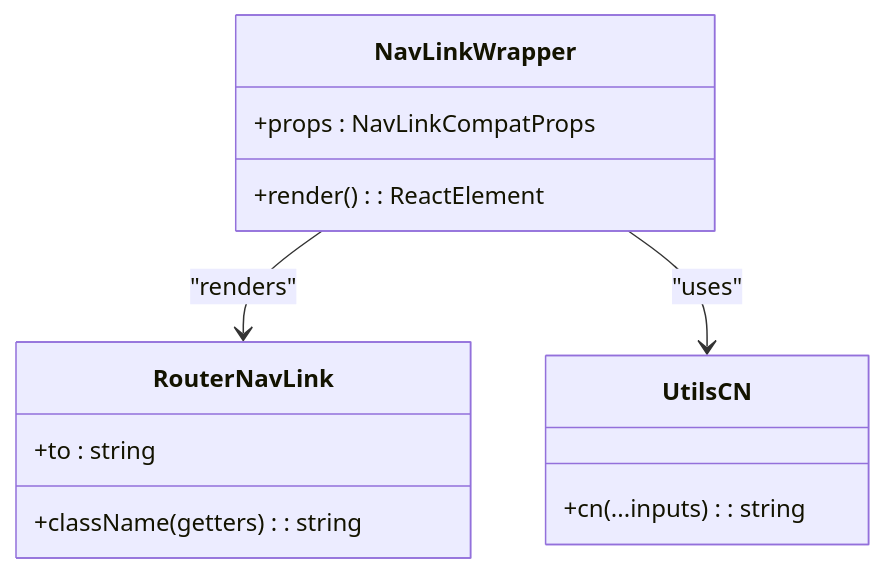
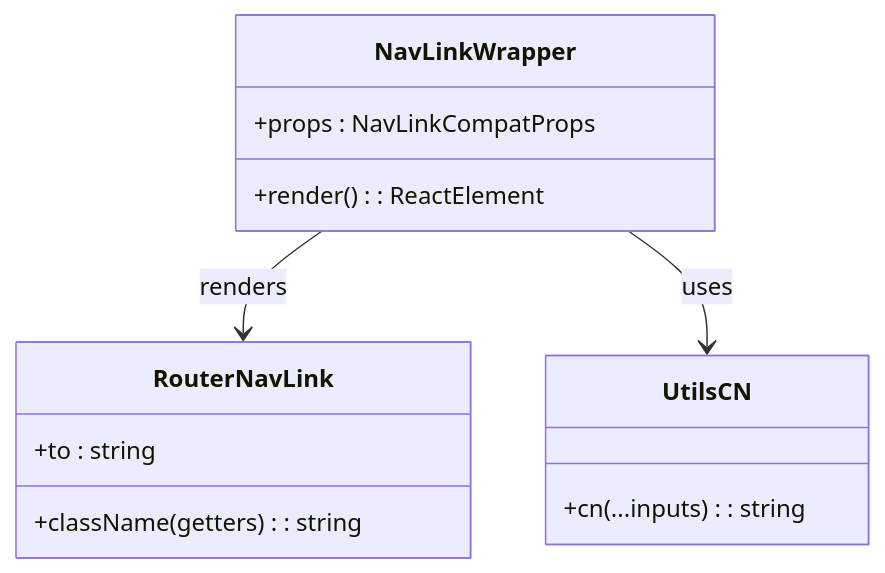
The sixth of 8 diagrams in .qoder/repowiki/en/content/Routing & Navigation/Routing & Navigation.md (mohjak/sc-dof), drawn with Mermaid before and after one commit. The commit also changed other lines of this file and 68 other files, not shown here.

First line of the commit message:
docs(docs): update component architecture docs with markdown formatting fixes

````diff
--- a/.qoder/repowiki/en/content/Routing & Navigation/Routing & Navigation.md
+++ b/.qoder/repowiki/en/content/Routing & Navigation/Routing & Navigation.md
@@ -211,16 +209,16 @@
 ```mermaid
 classDiagram
 class NavLinkWrapper {
 +props : NavLinkCompatProps
 +render() : ReactElement
 }
 class RouterNavLink {
 +to : string
 +className(getters) : string
 }
 class UtilsCN {
 +cn(...inputs) : string
 }
-NavLinkWrapper --> RouterNavLink : "renders"
-NavLinkWrapper --> UtilsCN : "uses"
+NavLinkWrapper --> RouterNavLink : renders
+NavLinkWrapper --> UtilsCN : uses
 ```
````
